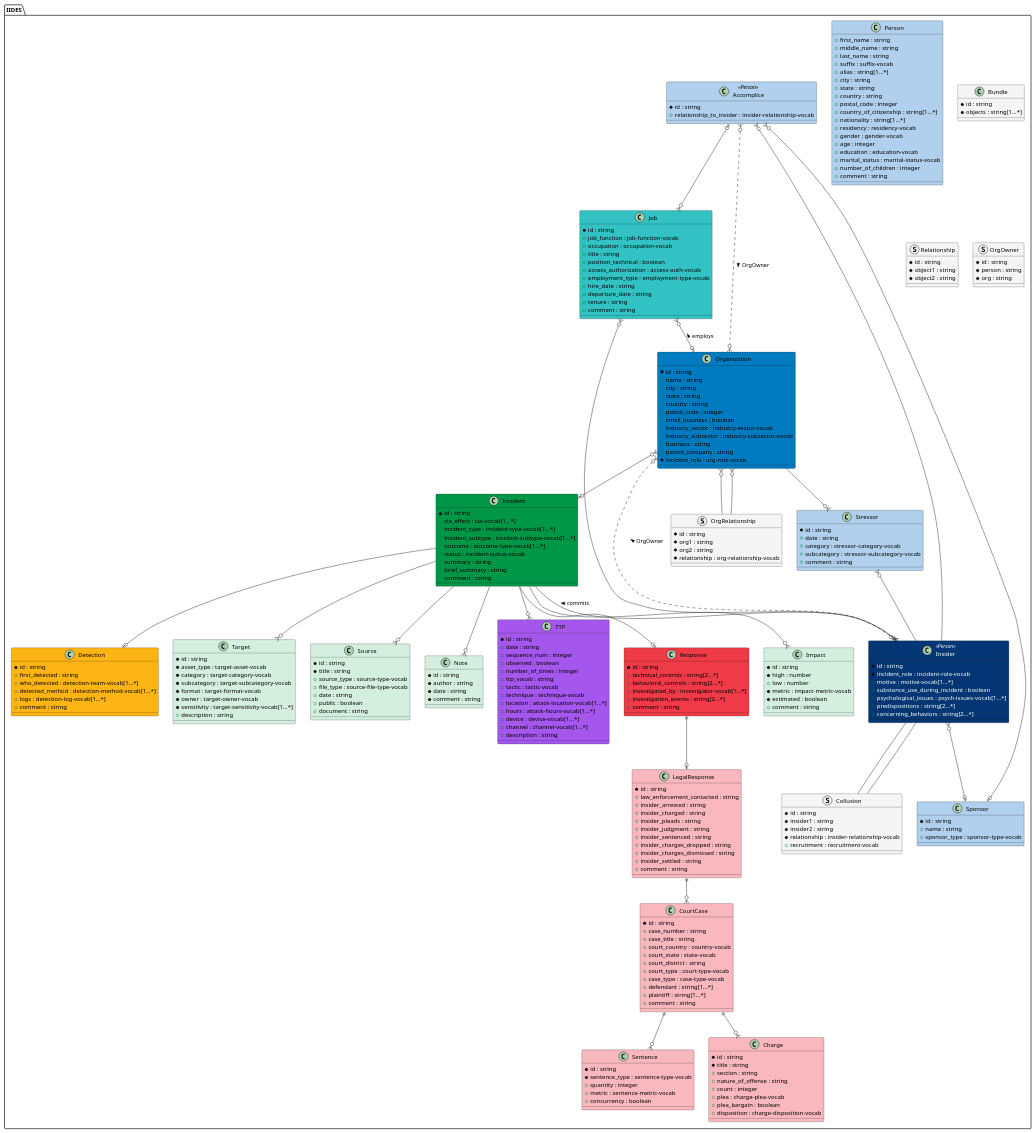
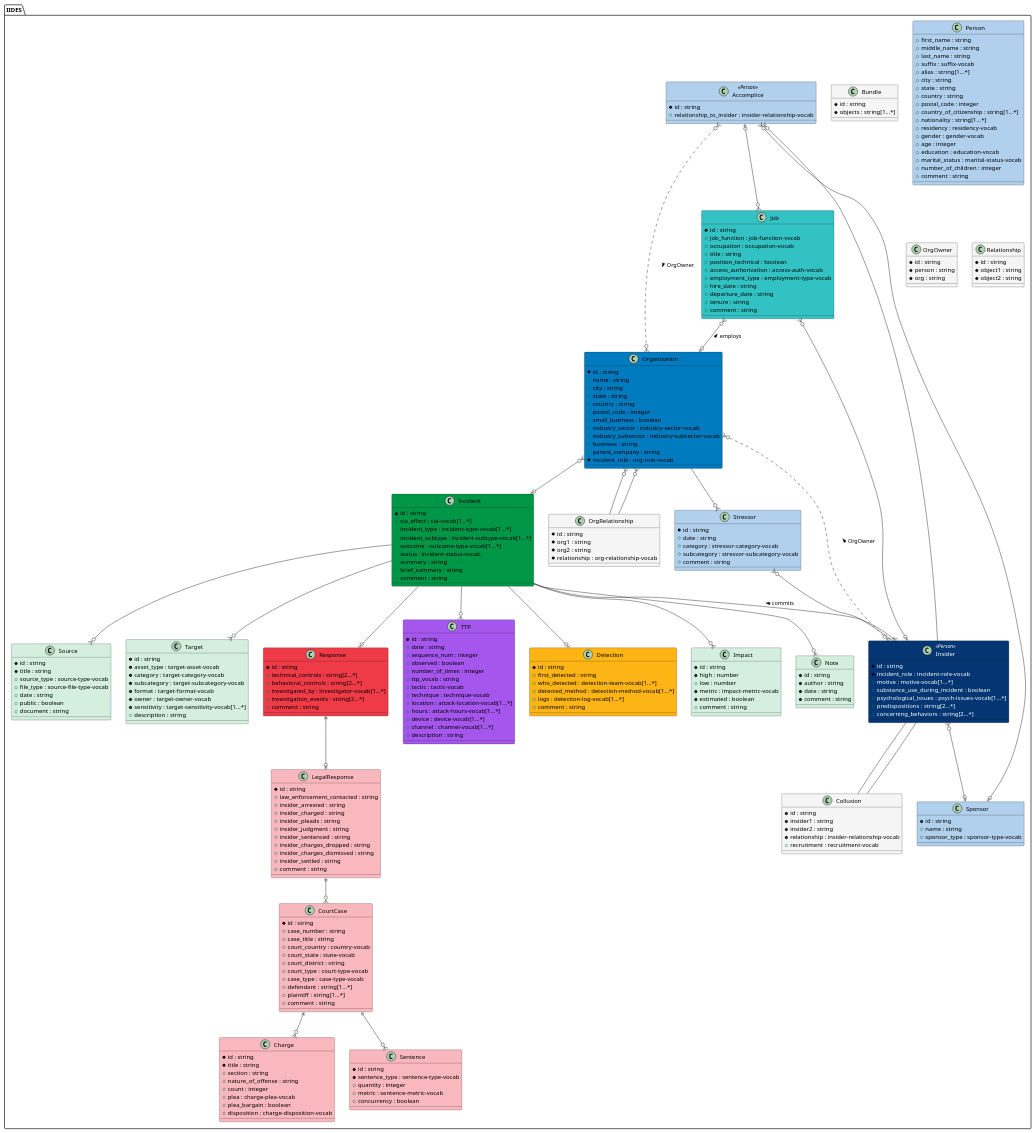
The diagram in UML/source/iides.wsd (cmu-sei/iides), drawn with PlantUML before and after one commit. The commit also changed 8 other files, not shown here.

```diff
--- a/UML/source/iides.wsd
+++ b/UML/source/iides.wsd
@@ -2,31 +2,52 @@
 package "IIDES" #fff {
 
 
-class Sponsor #b0d0ed {
-	* id : string 
-	+ name : string 
-	+ sponsor_type : sponsor-type-vocab 
-}
-class Stressor #b0d0ed {
-	* id : string 
-	+ date : string 
-	+ category : stressor-category-vocab 
-	+ subcategory : stressor-subcategory-vocab 
-	+ comment : string 
-}
 class Accomplice <<Person>> #b0d0ed {
 	* id : string 
 	+ relationship_to_insider : insider-relationship-vocab 
 }
-class Target #D4EFDF {
+class Bundle #F5F5F5 {
 	* id : string 
-	* asset_type : target-asset-vocab 
-	* category : target-category-vocab 
-	* subcategory : target-subcategory-vocab 
-	* format : target-format-vocab 
-	* owner : target-owner-vocab 
-	* sensitivity : target-sensitivity-vocab[1...*] 
-	+ description : string 
+	* objects : string[1...*] 
+}
+class Charge #f9b8bd {
+	* id : string 
+	* title : string 
+	+ section : string 
+	+ nature_of_offense : string 
+	+ count : integer 
+	+ plea : charge-plea-vocab 
+	+ plea_bargain : boolean 
+	+ disposition : charge-disposition-vocab 
+}
+class CourtCase #f9b8bd {
+	* id : string 
+	+ case_number : string 
+	+ case_title : string 
+	+ court_country : country-vocab 
+	+ court_state : state-vocab 
+	+ court_district : string 
+	+ court_type : court-type-vocab 
+	+ case_type : case-type-vocab 
+	+ defendant : string[1...*] 
+	+ plaintiff : string[1...*] 
+	+ comment : string 
+}
+class Detection #FDB515 {
+	* id : string 
+	+ first_detected : string 
+	+ who_detected : detection-team-vocab[1...*] 
+	+ detected_method : detection-method-vocab[1...*] 
+	+ logs : detection-log-vocab[1...*] 
+	+ comment : string 
+}
+class Impact #D4EFDF {
+	* id : string 
+	* high : number 
+	+ low : number 
+	* metric : impact-metric-vocab 
+	* estimated : boolean 
+	+ comment : string 
 }
 class Incident #009647 {
 	* id : string 
@@ -39,14 +60,27 @@
 	+ brief_summary : string 
 	+ comment : string 
 }
-class Source #D4EFDF {
+class Insider <<Person>> #043673;text:white {
 	* id : string 
-	* title : string 
-	+ source_type : source-type-vocab 
-	+ file_type : source-file-type-vocab 
-	+ date : string 
-	+ public : boolean 
-	+ document : string 
+	* incident_role : incident-role-vocab 
+	+ motive : motive-vocab[1...*] 
+	+ substance_use_during_incident : boolean 
+	+ psychological_issues : psych-issues-vocab[1...*] 
+	+ predispositions : string[2...*] 
+	+ concerning_behaviors : string[2...*] 
+}
+class Job #33c2C4 {
+	* id : string 
+	+ job_function : job-function-vocab 
+	+ occupation : occupation-vocab 
+	+ title : string 
+	+ position_technical : boolean 
+	+ access_authorization : access-auth-vocab 
+	+ employment_type : employment-type-vocab 
+	+ hire_date : string 
+	+ departure_date : string 
+	+ tenure : string 
+	+ comment : string 
 }
 class LegalResponse #f9b8bd {
 	* id : string 
@@ -60,6 +94,26 @@
 	+ insider_charges_dismissed : string 
 	+ insider_settled : string 
 	+ comment : string 
+}
+class Note #D4EFDF {
+	* id : string 
+	* author : string 
+	* date : string 
+	* comment : string 
+}
+class Organization #007BC0 {
+	* id : string 
+	+ name : string 
+	+ city : string 
+	+ state : string 
+	+ country : string 
+	+ postal_code : integer 
+	+ small_business : boolean 
+	+ industry_sector : industry-sector-vocab 
+	+ industry_subsector : industry-subsector-vocab 
+	+ business : string 
+	+ parent_company : string 
+	* incident_role : org-role-vocab 
 }
 class Person #b0d0ed {
 	+ first_name : string 
@@ -81,15 +135,13 @@
 	+ number_of_children : integer 
 	+ comment : string 
 }
-class Note #D4EFDF {
+class Response #EF3A47 {
 	* id : string 
-	* author : string 
-	* date : string 
-	* comment : string 
-}
-class Bundle #F5F5F5 {
-	* id : string 
-	* objects : string[1...*] 
+	+ technical_controls : string[2...*] 
+	+ behavioral_controls : string[2...*] 
+	+ investigated_by : investigator-vocab[1...*] 
+	+ investigation_events : string[2...*] 
+	+ comment : string 
 }
 class Sentence #f9b8bd {
 	* id : string 
@@ -97,6 +149,37 @@
 	+ quantity : integer 
 	+ metric : sentence-metric-vocab 
 	+ concurrency : boolean 
+}
+class Source #D4EFDF {
+	* id : string 
+	* title : string 
+	+ source_type : source-type-vocab 
+	+ file_type : source-file-type-vocab 
+	+ date : string 
+	+ public : boolean 
+	+ document : string 
+}
+class Sponsor #b0d0ed {
+	* id : string 
+	+ name : string 
+	+ sponsor_type : sponsor-type-vocab 
+}
+class Stressor #b0d0ed {
+	* id : string 
+	+ date : string 
+	+ category : stressor-category-vocab 
+	+ subcategory : stressor-subcategory-vocab 
+	+ comment : string 
+}
+class Target #D4EFDF {
+	* id : string 
+	* asset_type : target-asset-vocab 
+	* category : target-category-vocab 
+	* subcategory : target-subcategory-vocab 
+	* format : target-format-vocab 
+	* owner : target-owner-vocab 
+	* sensitivity : target-sensitivity-vocab[1...*] 
+	+ description : string 
 }
 class TTP #A456ED {
 	* id : string 
@@ -113,111 +196,28 @@
 	+ channel : channel-vocab[1...*] 
 	+ description : string 
 }
-class Job #33c2C4 {
+class Collusion #F5F5F5 {
 	* id : string 
-	+ job_function : job-function-vocab 
-	+ occupation : occupation-vocab 
-	+ title : string 
-	+ position_technical : boolean 
-	+ access_authorization : access-auth-vocab 
-	+ employment_type : employment-type-vocab 
-	+ hire_date : string 
-	+ departure_date : string 
-	+ tenure : string 
-	+ comment : string 
+	* insider1 : string 
+	* insider2 : string 
+	* relationship : insider-relationship-vocab 
+	+ recruitment : recruitment-vocab 
 }
-class Charge #f9b8bd {
+class OrgOwner #F5F5F5 {
 	* id : string 
-	* title : string 
-	+ section : string 
-	+ nature_of_offense : string 
-	+ count : integer 
-	+ plea : charge-plea-vocab 
-	+ plea_bargain : boolean 
-	+ disposition : charge-disposition-vocab 
+	* person : string 
+	* org : string 
 }
-class Impact #D4EFDF {
-	* id : string 
-	* high : number 
-	+ low : number 
-	* metric : impact-metric-vocab 
-	* estimated : boolean 
-	+ comment : string 
-}
-class Organization #007BC0 {
-	* id : string 
-	+ name : string 
-	+ city : string 
-	+ state : string 
-	+ country : string 
-	+ postal_code : integer 
-	+ small_business : boolean 
-	+ industry_sector : industry-sector-vocab 
-	+ industry_subsector : industry-subsector-vocab 
-	+ business : string 
-	+ parent_company : string 
-	* incident_role : org-role-vocab 
-}
-class CourtCase #f9b8bd {
-	* id : string 
-	+ case_number : string 
-	+ case_title : string 
-	+ court_country : country-vocab 
-	+ court_state : state-vocab 
-	+ court_district : string 
-	+ court_type : court-type-vocab 
-	+ case_type : case-type-vocab 
-	+ defendant : string[1...*] 
-	+ plaintiff : string[1...*] 
-	+ comment : string 
-}
-class Insider <<Person>> #043673;text:white {
-	* id : string 
-	* incident_role : incident-role-vocab 
-	+ motive : motive-vocab[1...*] 
-	+ substance_use_during_incident : boolean 
-	+ psychological_issues : psych-issues-vocab[1...*] 
-	+ predispositions : string[2...*] 
-	+ concerning_behaviors : string[2...*] 
-}
-class Response #EF3A47 {
-	* id : string 
-	+ technical_controls : string[2...*] 
-	+ behavioral_controls : string[2...*] 
-	+ investigated_by : investigator-vocab[1...*] 
-	+ investigation_events : string[2...*] 
-	+ comment : string 
-}
-class Detection #FDB515 {
-	* id : string 
-	+ first_detected : string 
-	+ who_detected : detection-team-vocab[1...*] 
-	+ detected_method : detection-method-vocab[1...*] 
-	+ logs : detection-log-vocab[1...*] 
-	+ comment : string 
-}
-struct OrgRelationship #F5F5F5 {
+class OrgRelationship #F5F5F5 {
 	* id : string 
 	* org1 : string 
 	* org2 : string 
 	* relationship : org-relationship-vocab 
 }
-struct Relationship #F5F5F5 {
+class Relationship #F5F5F5 {
 	* id : string 
 	* object1 : string 
 	* object2 : string 
-}
-struct OrgOwner #F5F5F5 {
-	* id : string 
-	* person : string 
-	* org : string 
-}
-struct Collusion #F5F5F5 {
-	* id : string 
-	* insider1 : string 
-	* insider2 : string 
-	* relationship : insider-relationship-vocab 
-	+ recruitment : recruitment-vocab 
 }
 
     Insider --o{ Accomplice
```
